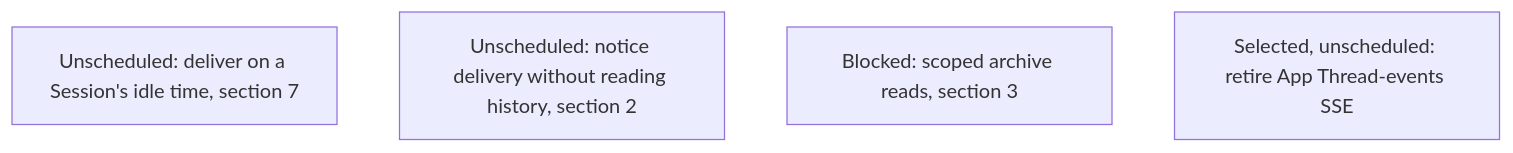
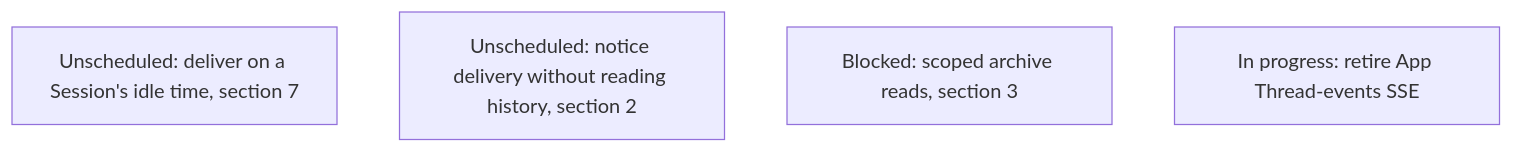
One commit to agentydragon/ducktape changed diagram 12 of 18 in agentplane/plans/task_dag.md. Above: the diagram before and after it, drawn with Mermaid. The commit also changed other lines of this file and 12 other files, not shown here.

````diff
--- a/agentplane/plans/task_dag.md
+++ b/agentplane/plans/task_dag.md
@@ -2188,7 +2188,7 @@
 ```mermaid
 flowchart TD
     SESSION_ACTIVITY_STREAM[Unscheduled: deliver on a Session's idle time, section 7]
     NOTIFICATION_COMMAND_OUTCOME_DESIGN[Unscheduled: notice delivery without reading history, section 2]
     THREAD_READ_POLICY[Blocked: scoped archive reads, section 3]
-    THREAD_EVENTS_SSE_RETIREMENT[Selected, unscheduled: retire App Thread-events SSE]
+    THREAD_EVENTS_SSE_RETIREMENT[In progress: retire App Thread-events SSE]
 ```
````
